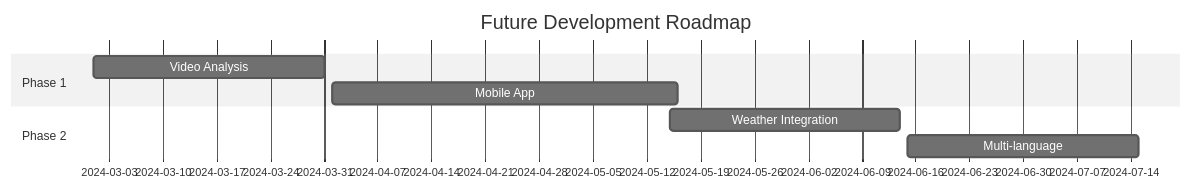
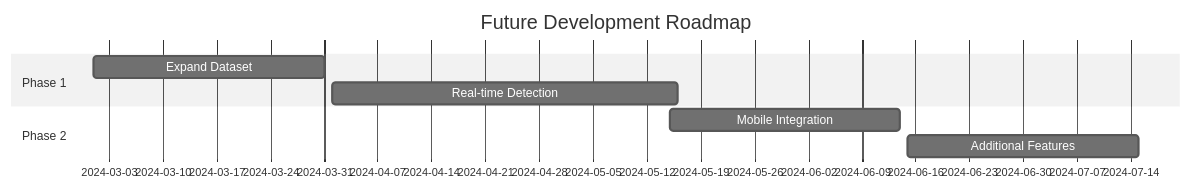
Before and after one commit to RajaMahanty/crop-care-ai: the ninth of 11 diagrams in README.md, drawn with Mermaid (neutral theme). The commit also changed other lines of this file, not shown here.

````diff
--- a/README.md
+++ b/README.md
@@ -240,11 +260,11 @@
 ```mermaid
 gantt
     title Future Development Roadmap
     dateFormat  YYYY-MM-DD
     section Phase 1
-    Video Analysis    :2024-03-01, 30d
-    Mobile App       :2024-04-01, 45d
+    Expand Dataset    :2024-03-01, 30d
+    Real-time Detection :2024-04-01, 45d
     section Phase 2
-    Weather Integration :2024-05-15, 30d
-    Multi-language    :2024-06-15, 30d
+    Mobile Integration :2024-05-15, 30d
+    Additional Features :2024-06-15, 30d
 ```
````
